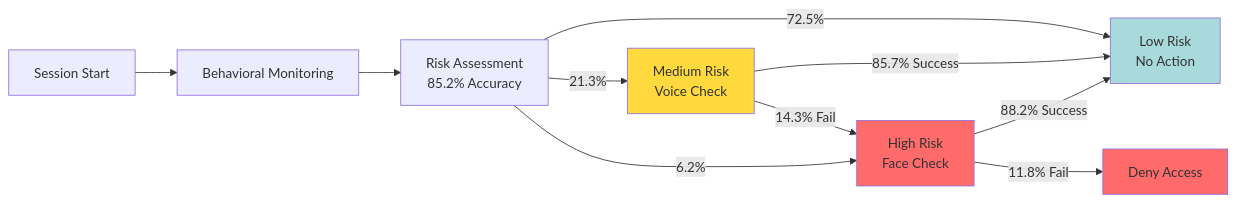
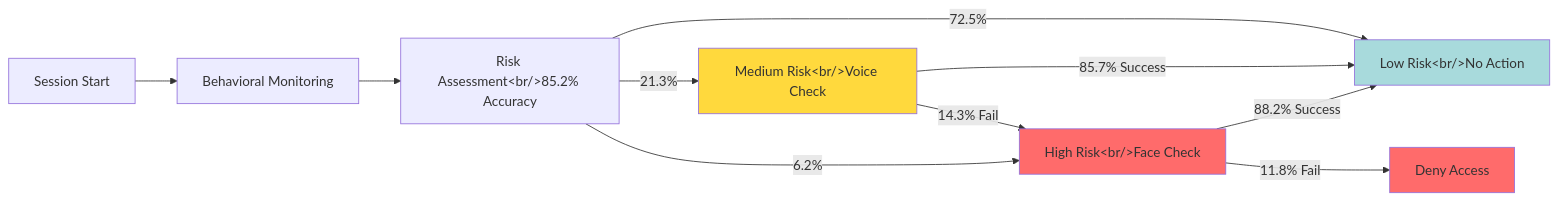
One commit to anubhab-codes/eigenbytes-site changed the fifth of 10 diagrams in docs/publications/technical-papers/continuous-authentication/07 results-performance-analysis.md. Above: the diagram before and after it, drawn with Mermaid. The commit also changed other lines of this file, not shown here.

````diff
--- a/docs/publications/technical-papers/continuous-authentication/07 results-performance-analysis.md
+++ b/docs/publications/technical-papers/continuous-authentication/07 results-performance-analysis.md
@@ -220,20 +220,20 @@
 ```mermaid
 flowchart LR
     A[Session Start] --> B[Behavioral Monitoring]
-    B --> C[Risk Assessment<br/>85.2% Accuracy]
+    B --> C[Risk Assessment&lt;br/>85.2% Accuracy]
     
-    C -->|72.5%| D[Low Risk<br/>No Action]
-    C -->|21.3%| E[Medium Risk<br/>Voice Check]
-    C -->|6.2%| F[High Risk<br/>Face Check]
+    C -->|72.5%| D[Low Risk&lt;br/>No Action]
+    C -->|21.3%| E[Medium Risk&lt;br/>Voice Check]
+    C -->|6.2%| F[High Risk&lt;br/>Face Check]
     
     E -->|85.7% Success| D
     E -->|14.3% Fail| F
     
     F -->|88.2% Success| D
     F -->|11.8% Fail| G[Deny Access]
     
     style D fill:#a8dadc
     style E fill:#ffd93d
     style F fill:#ff6b6b
     style G fill:#ff6b6b
 ```
````
